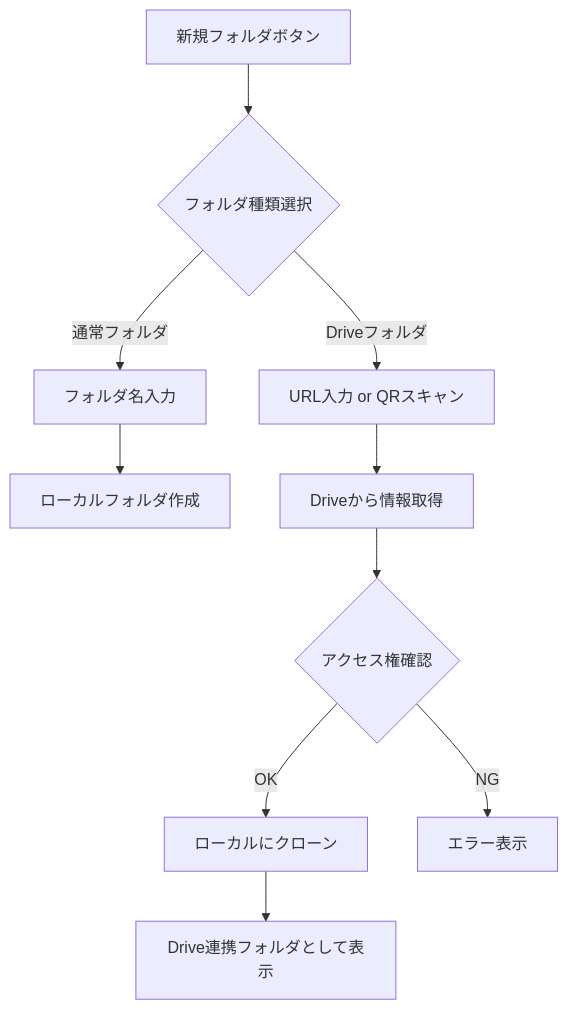
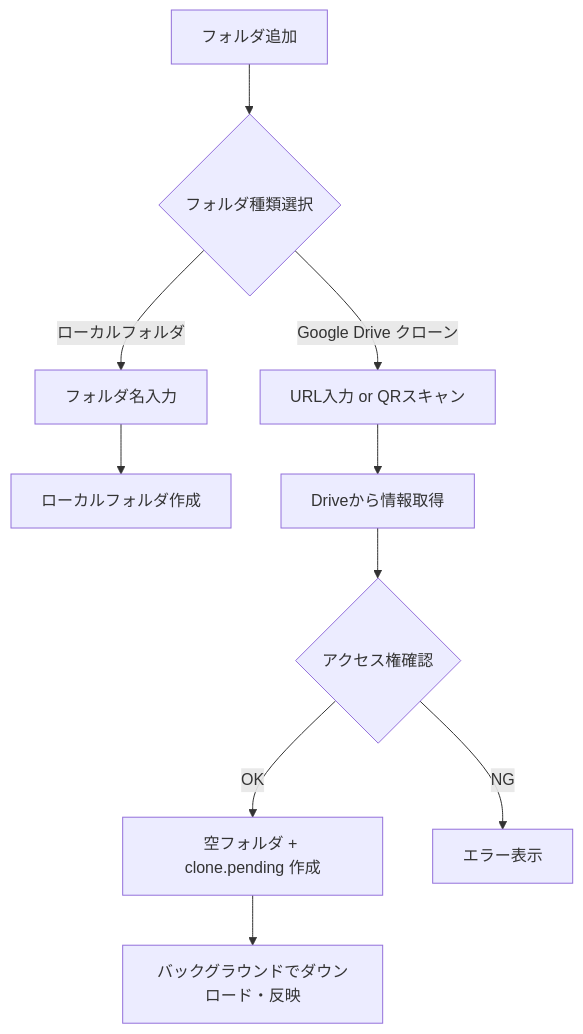
The diagram in docs/features/google-drive.md (Torch-Katsuragi/kokage-map), drawn with Mermaid before and after one commit. The commit also changed other lines of this file and 219 other files, not shown here.

````diff
--- a/docs/features/google-drive.md
+++ b/docs/features/google-drive.md
@@ -38,12 +26,12 @@
 ```mermaid
 flowchart TB
-    A[新規フォルダボタン] --> B{フォルダ種類選択}
-    B -->|通常フォルダ| C[フォルダ名入力]
+    A[フォルダ追加] --> B{フォルダ種類選択}
+    B -->|ローカルフォルダ| C[フォルダ名入力]
     C --> D[ローカルフォルダ作成]
-    B -->|Driveフォルダ| E[URL入力 or QRスキャン]
+    B -->|Google Drive クローン| E[URL入力 or QRスキャン]
     E --> F[Driveから情報取得]
     F --> G{アクセス権確認}
-    G -->|OK| H[ローカルにクローン]
-    H --> I[Drive連携フォルダとして表示]
+    G -->|OK| H[空フォルダ + clone.pending 作成]
+    H --> I[バックグラウンドでダウンロード・反映]
     G -->|NG| J[エラー表示]
 ```
````
